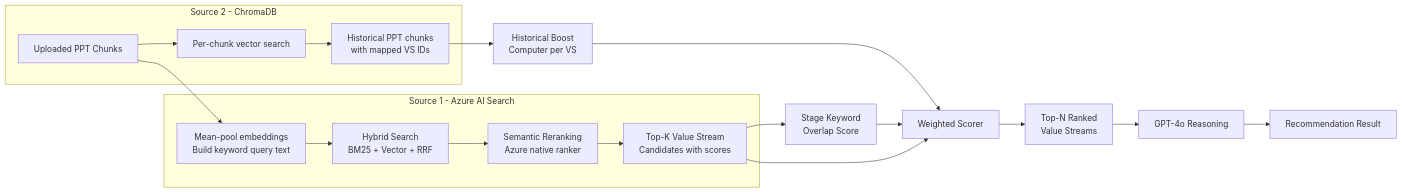
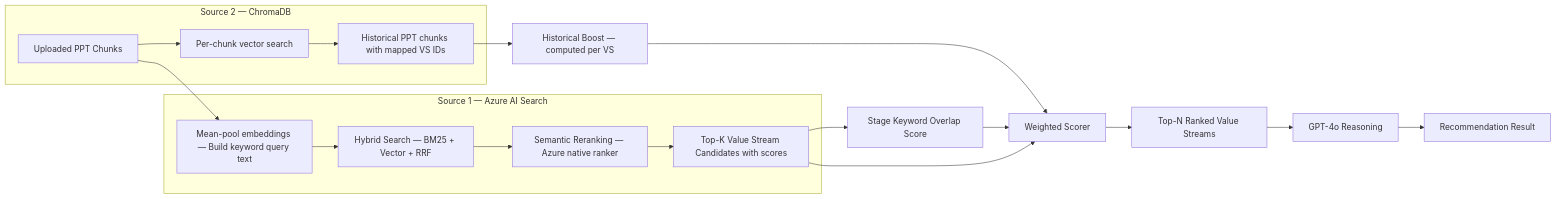
One commit to Soul-Eater69/value-stream-rag changed the fifth of 8 diagrams in docs/ARCHITECTURE.md. Above: the diagram before and after it, drawn with Mermaid. The commit also changed other lines of this file and 1 other file, not shown here.

First line of the commit message:
fix: correct Mermaid syntax errors in architecture diagrams

````diff
--- a/docs/ARCHITECTURE.md
+++ b/docs/ARCHITECTURE.md
@@ -429,27 +429,27 @@
 ```mermaid
 graph LR
-    Q[Uploaded PPT Chunks]
-    Q --> AGG[Mean-pool embeddings\nBuild keyword query text]
+    Q["Uploaded PPT Chunks"]
+    Q --> AGG["Mean-pool embeddings — Build keyword query text"]
 
-    subgraph Source 1 - Azure AI Search
-        AGG --> HYB[Hybrid Search\nBM25 + Vector + RRF]
-        HYB --> SEM[Semantic Reranking\nAzure native ranker]
-        SEM --> VS_CAND[Top-K Value Stream\nCandidates with scores]
+    subgraph Source1["Source 1 — Azure AI Search"]
+        AGG --> HYB["Hybrid Search — BM25 + Vector + RRF"]
+        HYB --> SEM["Semantic Reranking — Azure native ranker"]
+        SEM --> VS_CAND["Top-K Value Stream Candidates with scores"]
     end
 
-    subgraph Source 2 - ChromaDB
-        Q --> PER_CHUNK[Per-chunk vector search]
-        PER_CHUNK --> HIST_HITS[Historical PPT chunks\nwith mapped VS IDs]
+    subgraph Source2["Source 2 — ChromaDB"]
+        Q --> PER_CHUNK["Per-chunk vector search"]
+        PER_CHUNK --> HIST_HITS["Historical PPT chunks with mapped VS IDs"]
     end
 
-    VS_CAND --> RANK[Weighted Scorer]
-    HIST_HITS --> HIST_BOOST[Historical Boost\nComputer per VS]
+    VS_CAND --> RANK["Weighted Scorer"]
+    HIST_HITS --> HIST_BOOST["Historical Boost — computed per VS"]
     HIST_BOOST --> RANK
 
-    VS_CAND --> STAGE[Stage Keyword\nOverlap Score]
+    VS_CAND --> STAGE["Stage Keyword Overlap Score"]
     STAGE --> RANK
 
-    RANK --> TOP_N[Top-N Ranked\nValue Streams]
-    TOP_N --> LLM[GPT-4o Reasoning]
-    LLM --> REC[Recommendation Result]
+    RANK --> TOP_N["Top-N Ranked Value Streams"]
+    TOP_N --> LLM["GPT-4o Reasoning"]
+    LLM --> REC["Recommendation Result"]
 ```
````
